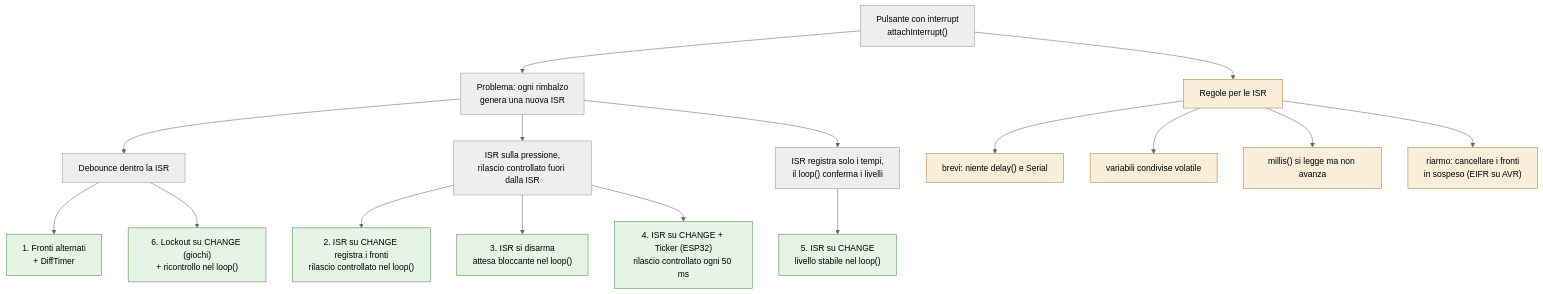
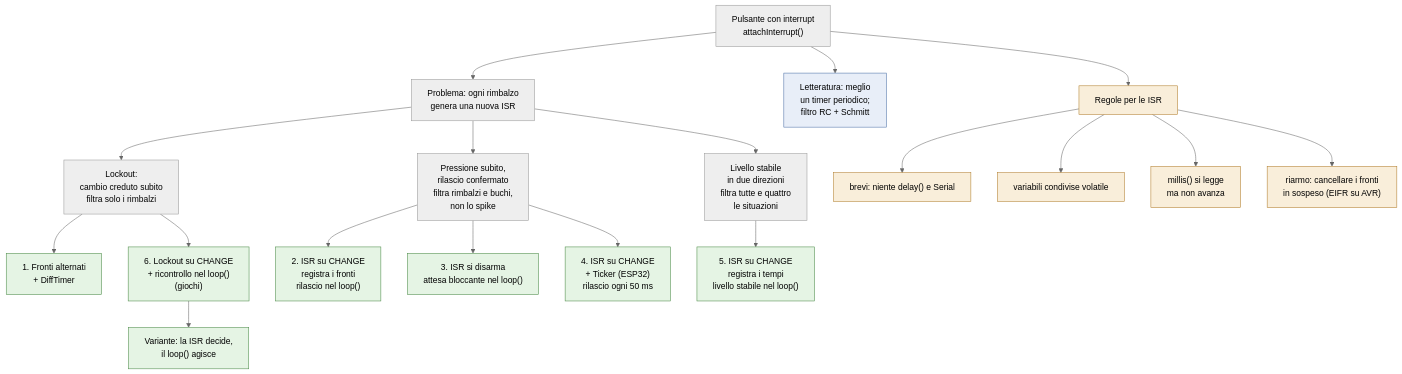
One commit to sebastianomelita/ArduinoBareMetal changed the diagram in pulsanti-interrupt.md. Above: the diagram before and after it, drawn with Mermaid (neutral theme). The commit also changed other lines of this file and 1 other file, not shown here.

````diff
--- a/pulsanti-interrupt.md
+++ b/pulsanti-interrupt.md
@@ -27,22 +27,26 @@
 ```mermaid
 flowchart TD
     C["Pulsante con interrupt<br/>attachInterrupt()"] --> D["Problema: ogni rimbalzo<br/>genera una nuova ISR"]
+    C --> LET["Letteratura: meglio<br/>un timer periodico;<br/>filtro RC + Schmitt"]
     C --> R["Regole per le ISR"]
-    D --> G1["Debounce dentro la ISR"]
-    D --> L["ISR sulla pressione,<br/>rilascio controllato fuori dalla ISR"]
+    D --> G1["Lockout:<br/>cambio creduto subito<br/>filtra solo i rimbalzi"]
+    D --> L["Pressione subito,<br/>rilascio confermato<br/>filtra rimbalzi e buchi,<br/>non lo spike"]
+    D --> S["Livello stabile<br/>in due direzioni<br/>filtra tutte e quattro<br/>le situazioni"]
     G1 --> T1["1. Fronti alternati<br/>+ DiffTimer"]
-    L --> T2["2. ISR su CHANGE registra i fronti<br/>rilascio controllato nel loop()"]
+    G1 --> T6["6. Lockout su CHANGE<br/>+ ricontrollo nel loop()<br/>(giochi)"]
+    T6 --> V["Variante: la ISR decide,<br/>il loop() agisce"]
+    L --> T2["2. ISR su CHANGE<br/>registra i fronti<br/>rilascio nel loop()"]
     L --> T3["3. ISR si disarma<br/>attesa bloccante nel loop()"]
-    L --> T4["4. ISR su CHANGE + Ticker (ESP32)<br/>rilascio controllato ogni 50 ms"]
-    D --> S["ISR registra solo i tempi,<br/>il loop() conferma i livelli"]
-    S --> T5["5. ISR su CHANGE<br/>livello stabile nel loop()"]
-    G1 --> T6["6. Lockout su CHANGE (giochi)<br/>+ ricontrollo nel loop()"]
+    L --> T4["4. ISR su CHANGE<br/>+ Ticker (ESP32)<br/>rilascio ogni 50 ms"]
+    S --> T5["5. ISR su CHANGE<br/>registra i tempi<br/>livello stabile nel loop()"]
     R --> R1["brevi: niente delay() e Serial"]
     R --> R2["variabili condivise volatile"]
-    R --> R3["millis() si legge ma non avanza"]
+    R --> R3["millis() si legge<br/>ma non avanza"]
     R --> R4["riarmo: cancellare i fronti<br/>in sospeso (EIFR su AVR)"]
     classDef tecnica fill:#e5f4e4,stroke:#4a8a46
     classDef regola fill:#f9eeda,stroke:#b07d2b
-    class T1,T2,T3,T4,T5,T6 tecnica
+    classDef fonte fill:#e8eef8,stroke:#4a6fa5
+    class T1,T2,T3,T4,T5,T6,V tecnica
     class R,R1,R2,R3,R4 regola
+    class LET fonte
 ```
````
